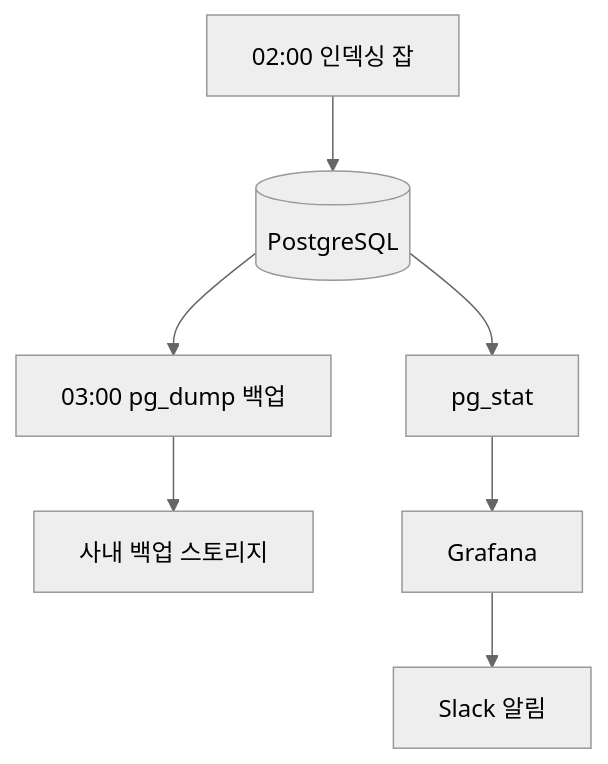
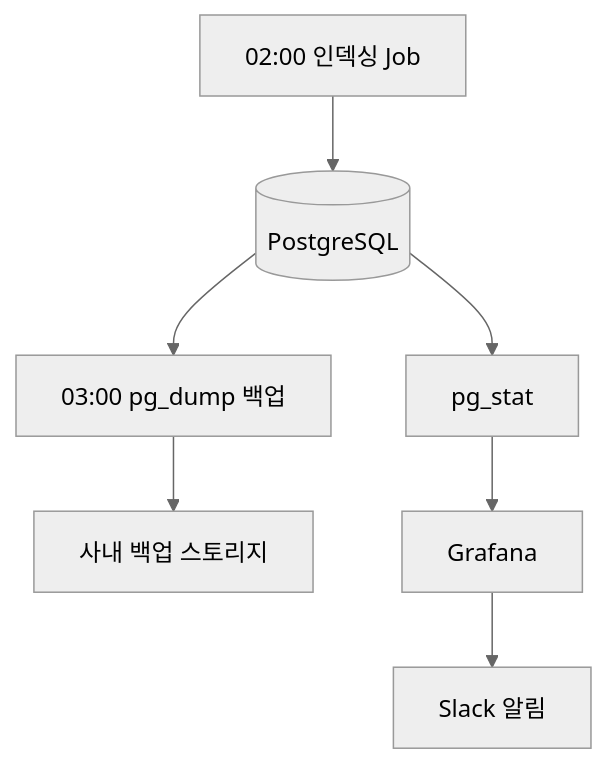
Before and after one commit to RJ-Stony/injoy: the second of 2 diagrams in src/content/posts/rag-2-embedding.md, drawn with Mermaid (neutral theme). The commit also changed other lines of this file and 2 other files, not shown here.

````diff
--- a/src/content/posts/rag-2-embedding.md
+++ b/src/content/posts/rag-2-embedding.md
@@ -135,9 +137,9 @@
 ```mermaid
 flowchart TB
-    Cron1["02:00 인덱싱 잡"] --> PG[("PostgreSQL")]
+    Cron1["02:00 인덱싱 Job"] --> PG[("PostgreSQL")]
     PG --> Cron2["03:00 pg_dump 백업"]
     Cron2 --> Storage["사내 백업 스토리지"]
     PG --> Metrics["pg_stat"]
     Metrics --> Grafana["Grafana"]
     Grafana --> Alert["Slack 알림"]
 ```
````
